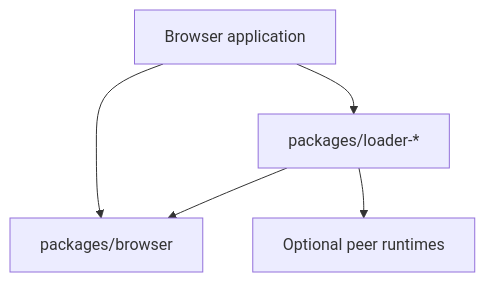
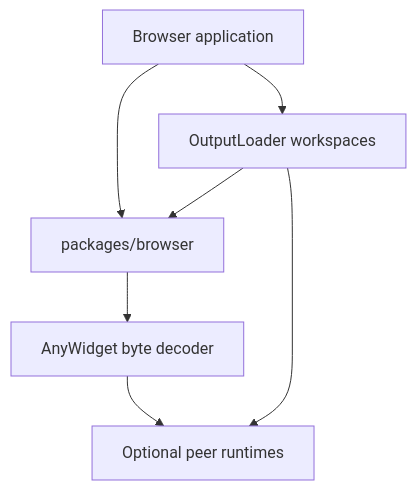
One commit to marimo-team/marimo-export changed the first of 2 diagrams in development_docs/architecture/browser-loaders-and-mounts.md. Above: the diagram before and after it, drawn with Mermaid. The commit also changed other lines of this file and 32 other files, not shown here.

Commit message:
docs: document the export architecture

````diff
--- a/development_docs/architecture/browser-loaders-and-mounts.md
+++ b/development_docs/architecture/browser-loaders-and-mounts.md
@@ -9,12 +9,15 @@
 ```mermaid
 flowchart TB
     app[Browser application]
     core[packages/browser]
-    loaders[packages/loader-*]
+    loaders[OutputLoader workspaces]
+    anywidget[AnyWidget byte decoder]
     runtimes[Optional peer runtimes]
 
     app --> core
     app --> loaders
     loaders --> core
+    core --> anywidget
     loaders --> runtimes
+    anywidget --> runtimes
 ```
````
